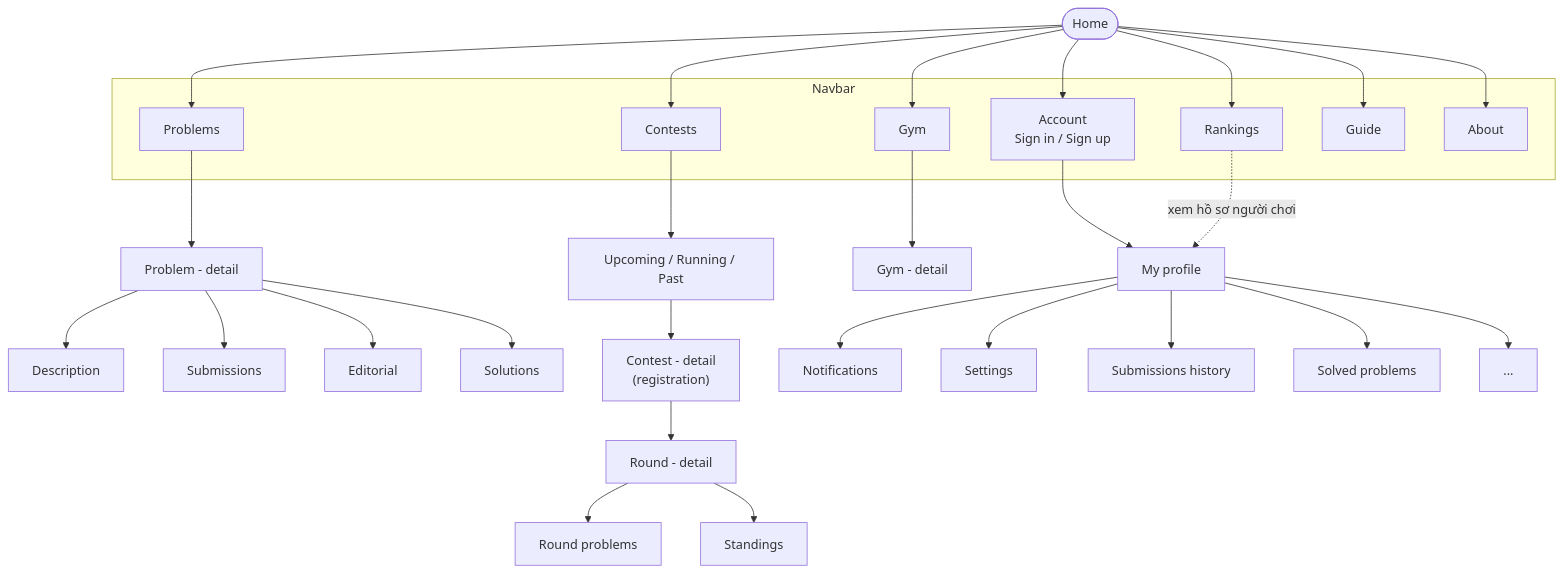
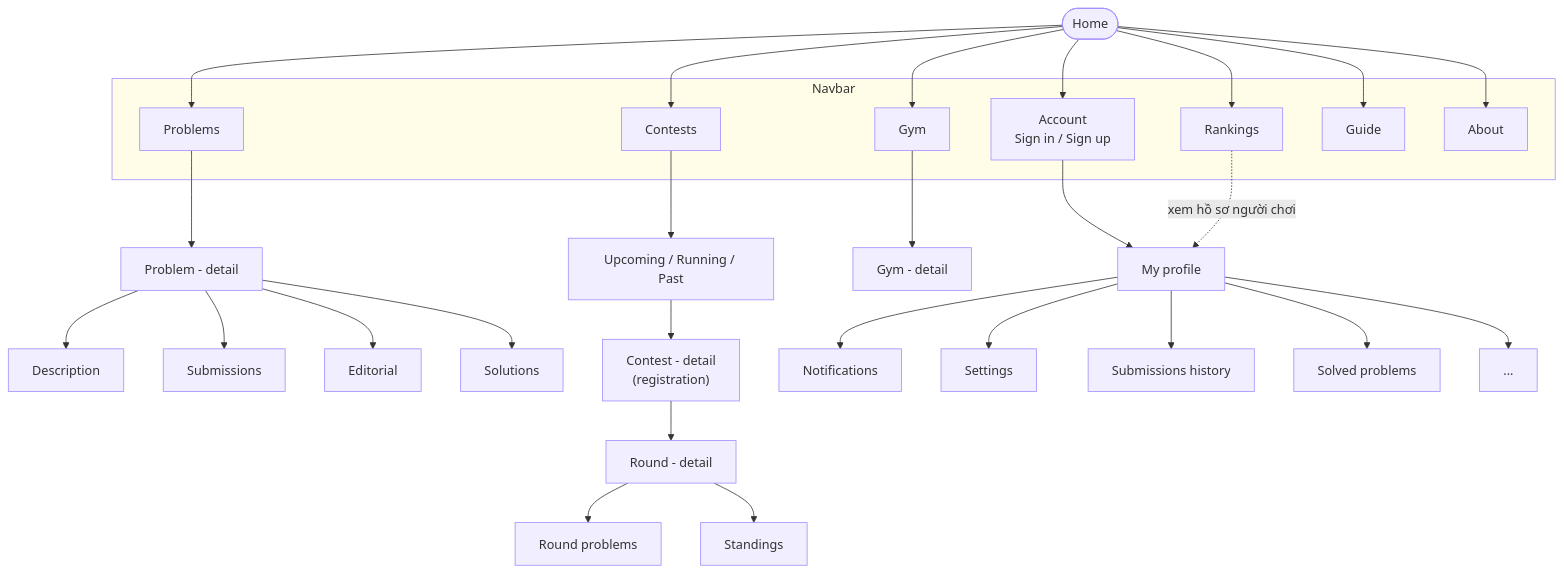
One commit to HANKFORSHORT/IE104.R11.CNVN_Group13 changed the diagram in README.md. Above: the diagram before and after it, drawn with Mermaid. The commit also changed other lines of this file and 2 other files, not shown here.

Commit message:
feat: add 404.html & remake mermaid code in README.MD

````diff
--- a/README.md
+++ b/README.md
@@ -23,49 +22,53 @@
 ```mermaid
 flowchart TD
     Home(["Home"])
 
     subgraph Navbar
         Problems["Problems"]
         Contests["Contests"]
         Gym["Gym"]
         Rankings["Rankings"]
         Account["Account<br/>Sign in / Sign up"]
         Guide["Guide"]
         About["About"]
     end
 
     Home --> Problems
     Home --> Contests
     Home --> Gym
     Home --> Rankings
     Home --> Account
     Home --> Guide
     Home --> About
 
     %% Problems
     Problems --> ProblemDetail["Problem - detail"]
     ProblemDetail --> Description["Description"]
     ProblemDetail --> Submissions["Submissions"]
     ProblemDetail --> Editorial["Editorial"]
     ProblemDetail --> Solutions["Solutions"]
 
     %% Contests
     Contests --> ContestList["Upcoming / Running / Past"]
     ContestList --> ContestDetail["Contest - detail<br/>(registration)"]
     ContestDetail --> RoundDetail["Round - detail"]
     RoundDetail --> RoundProblems["Round problems"]
     RoundDetail --> Standings["Standings"]
 
     %% Gym
     Gym --> GymDetail["Gym - detail"]
 
     %% Account
     Account --> Profile["My profile"]
     Profile --> Notifications["Notifications"]
     Profile --> Settings["Settings"]
     Profile --> History["Submissions history"]
     Profile --> Solved["Solved problems"]
     Profile --> Etc["..."]
 
     Rankings -.->|xem hồ sơ người chơi| Profile
+
+    classDef page fill:#f0eeff,stroke:#a48cff,stroke-width:1px,color:#333333;
+    class Home,Problems,Contests,Gym,Rankings,Account,Guide,About,ProblemDetail,Description,Submissions,Editorial,Solutions,ContestList,ContestDetail,RoundDetail,RoundProblems,Standings,GymDetail,Profile,Notifications,Settings,History,Solved,Etc page;
+    style Navbar fill:#fffde8,stroke:#a48cff,stroke-width:1px,color:#333333
 ```
````
